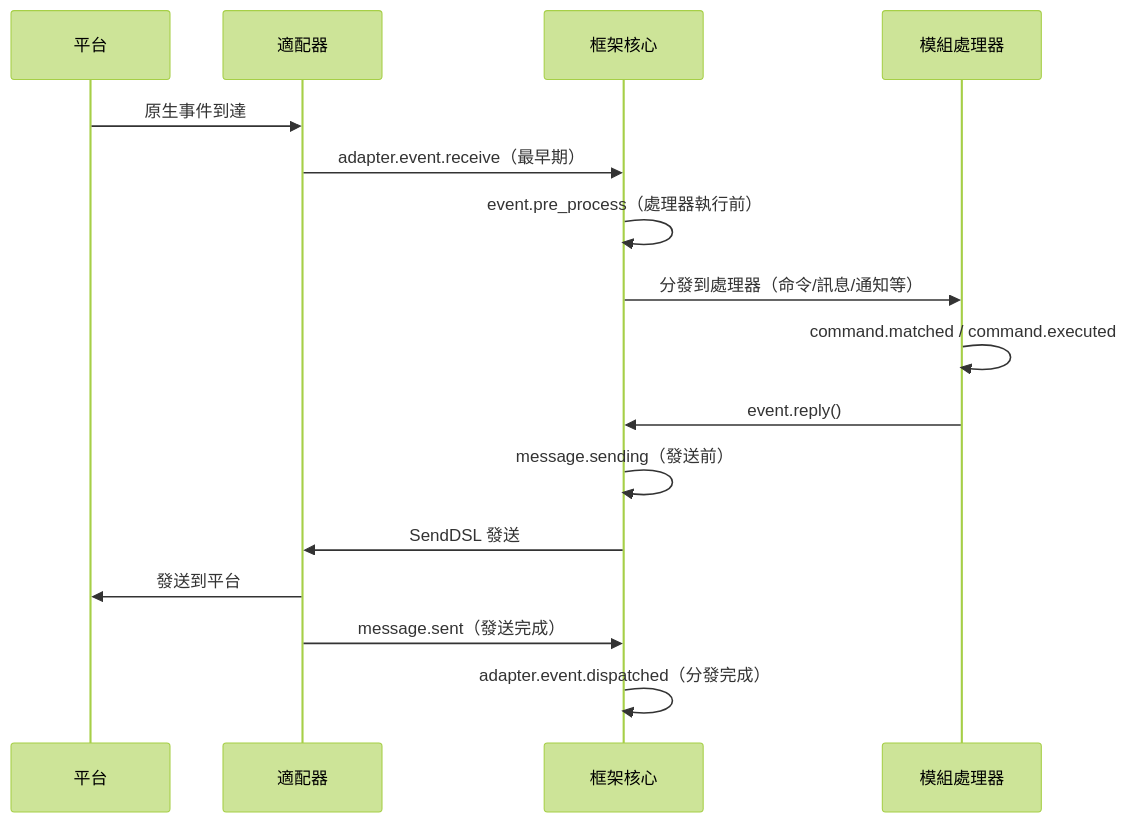
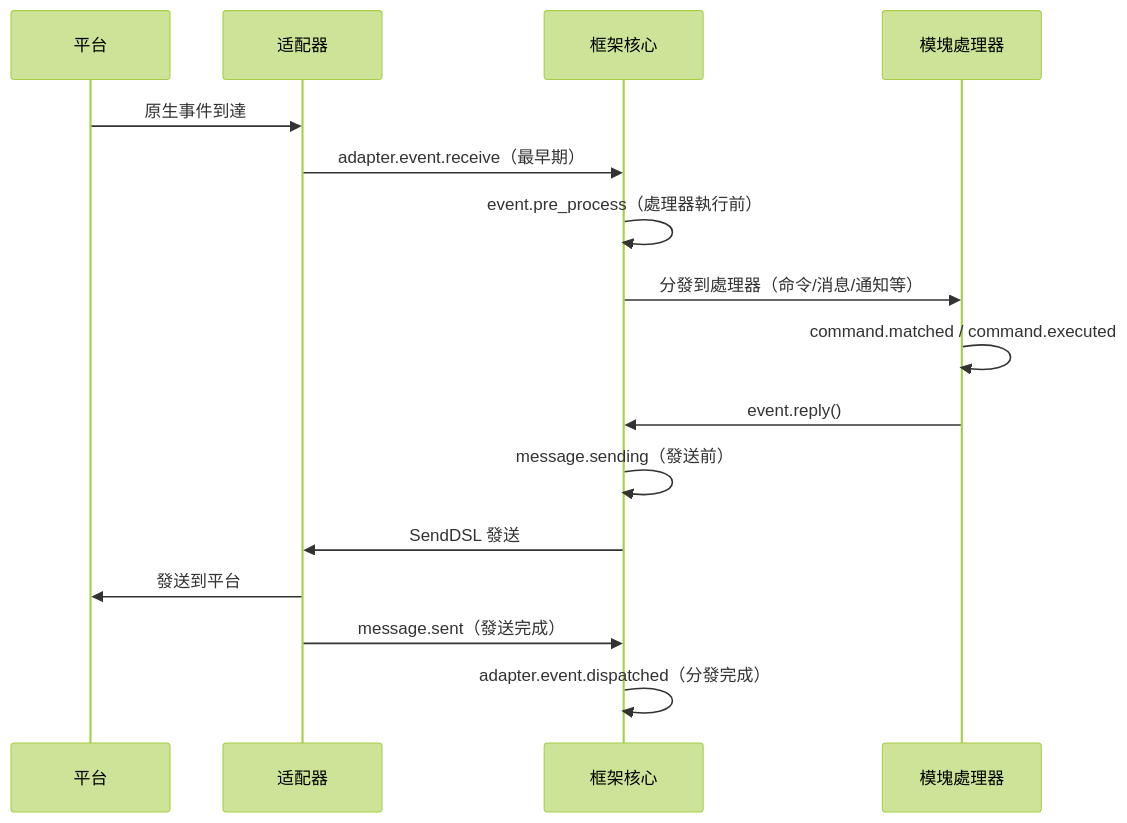
One commit to ErisPulse/ErisPulse changed the diagram in docs/zh-TW/advanced/lifecycle.md. Above: the diagram before and after it, drawn with Mermaid (forest theme). The commit also changed other lines of this file and 23 other files, not shown here.

````diff
--- a/docs/zh-TW/advanced/lifecycle.md
+++ b/docs/zh-TW/advanced/lifecycle.md
@@ -120,19 +120,19 @@
 ```mermaid
 sequenceDiagram
     participant P as 平台
-    participant A as 適配器
+    participant A as 适配器
     participant F as 框架核心
-    participant M as 模組處理器
+    participant M as 模塊處理器
 
     P->>A: 原生事件到達
     A->>F: adapter.event.receive（最早期）
     F->>F: event.pre_process（處理器執行前）
-    F->>M: 分發到處理器（命令/訊息/通知等）
+    F->>M: 分發到處理器（命令/消息/通知等）
     M->>M: command.matched / command.executed
     M->>F: event.reply()
     F->>F: message.sending（發送前）
     F->>A: SendDSL 發送
     A->>P: 發送到平台
     A->>F: message.sent（發送完成）
     F->>F: adapter.event.dispatched（分發完成）
 ```
````
